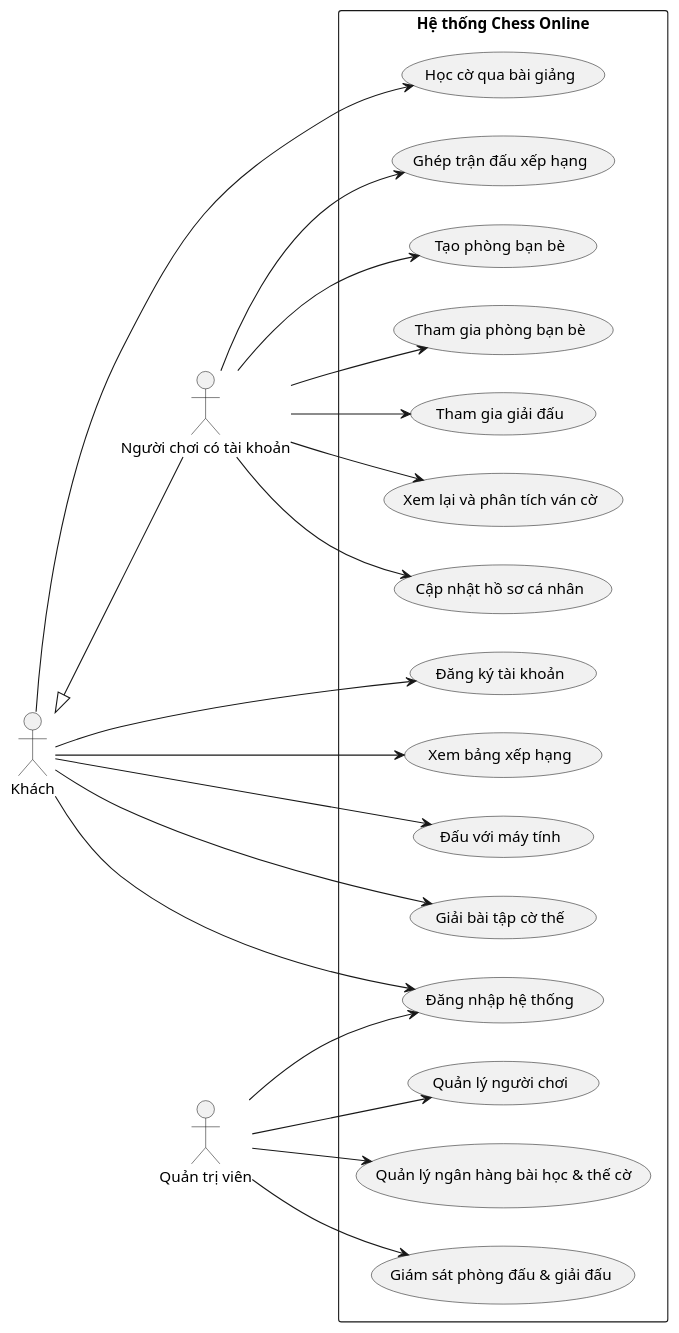
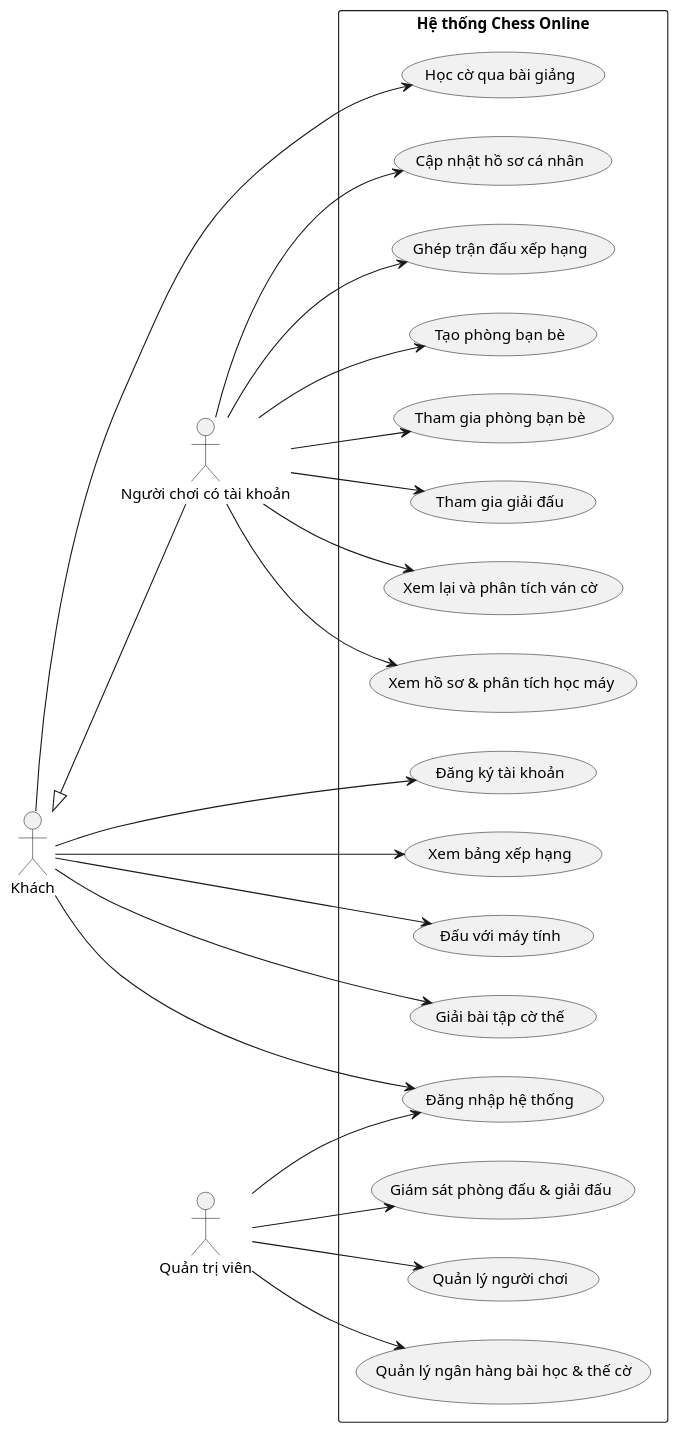
Before and after one commit to sonsamset26/chess-online: the first of 14 diagrams in docs/SRS_Document.md, drawn with PlantUML. The commit also changed other lines of this file and 3 other files, not shown here.

````diff
--- a/docs/SRS_Document.md
+++ b/docs/SRS_Document.md
@@ -131,53 +140,55 @@
 ```plantuml
 @startuml
 left to right direction
 skinparam packageStyle rectangle
 skinparam shadowing false
 skinparam defaultFontName Arial
 
 actor "Khách" as Guest
 actor "Người chơi có tài khoản" as User
 actor "Quản trị viên" as Admin
 
 rectangle "Hệ thống Chess Online" {
   usecase "Đăng ký tài khoản" as UC_Register
   usecase "Đăng nhập hệ thống" as UC_Login
   usecase "Xem bảng xếp hạng" as UC_Leaderboard
   usecase "Đấu với máy tính" as UC_PlayAI
   usecase "Giải bài tập cờ thế" as UC_Puzzles
   usecase "Học cờ qua bài giảng" as UC_Lessons
 
   usecase "Cập nhật hồ sơ cá nhân" as UC_Profile
   usecase "Ghép trận đấu xếp hạng" as UC_Matchmaking
   usecase "Tạo phòng bạn bè" as UC_CreateRoom
   usecase "Tham gia phòng bạn bè" as UC_JoinRoom
   usecase "Tham gia giải đấu" as UC_Tournament
   usecase "Xem lại và phân tích ván cờ" as UC_Analyze
+  usecase "Xem hồ sơ & phân tích học máy" as UC_MLProfile
 
   usecase "Quản lý người chơi" as UC_ManageUsers
   usecase "Quản lý ngân hàng bài học & thế cờ" as UC_ManageContent
   usecase "Giám sát phòng đấu & giải đấu" as UC_Monitor
 }
 
 Guest <|-- User
 
 Guest --> UC_Register
 Guest --> UC_Login
 Guest --> UC_Leaderboard
 Guest --> UC_PlayAI
 Guest --> UC_Puzzles
 Guest --> UC_Lessons
 
 User --> UC_Profile
 User --> UC_Matchmaking
 User --> UC_CreateRoom
 User --> UC_JoinRoom
 User --> UC_Tournament
 User --> UC_Analyze
+User --> UC_MLProfile
 
 Admin --> UC_Login
 Admin --> UC_ManageUsers
 Admin --> UC_ManageContent
 Admin --> UC_Monitor
 @enduml
 ```
````
